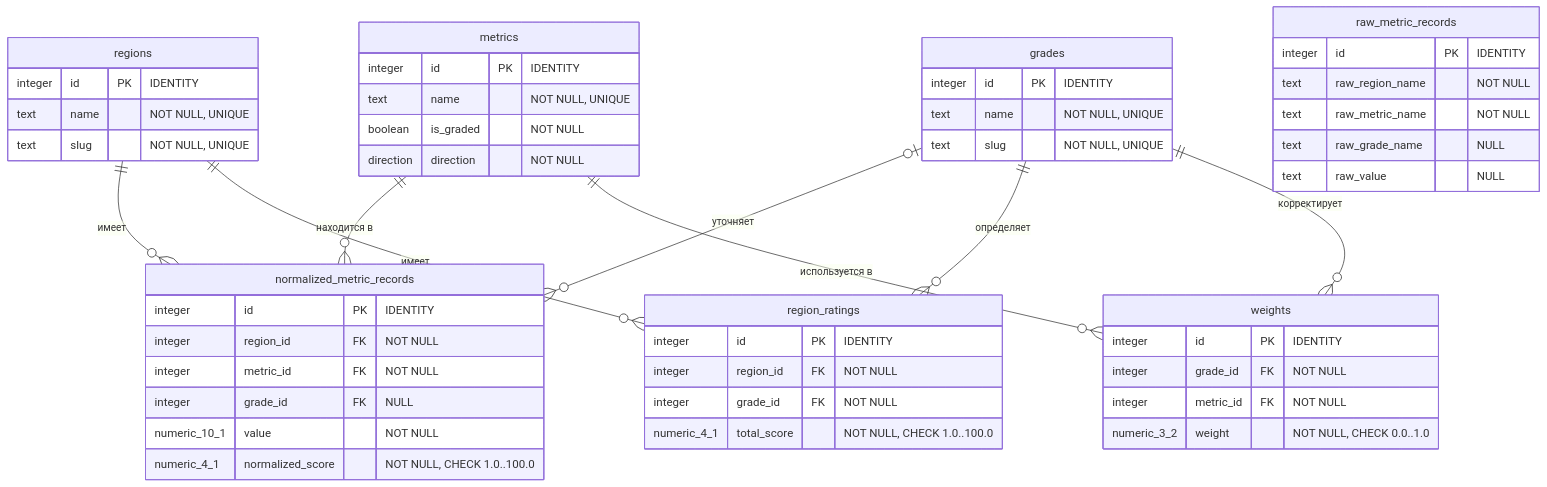
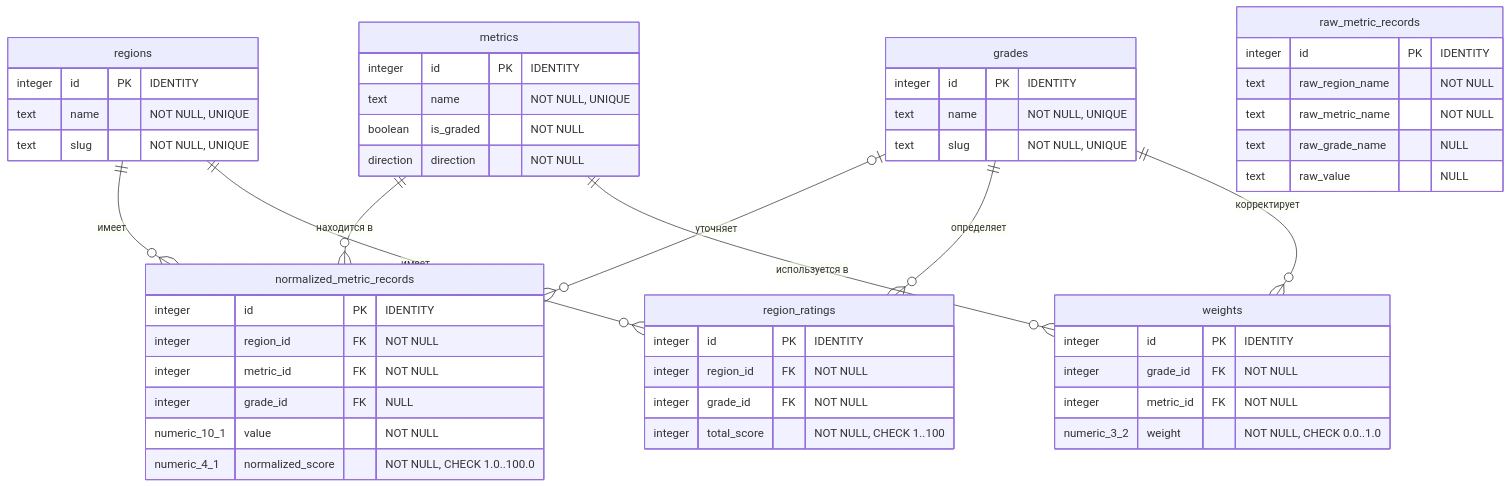
Before and after one commit to snogtev/it-compass: the diagram in docs/spec.md, drawn with Mermaid. The commit also changed other lines of this file and 1 other file, not shown here.

Commit message:
docs(scoring-methodology): add legend for formulas and merge category columns in metrics table

````diff
--- a/docs/spec.md
+++ b/docs/spec.md
@@ -140,60 +140,60 @@
 ```mermaid
 erDiagram
     regions ||--o{ normalized_metric_records : "имеет"
     metrics ||--o{ normalized_metric_records : "находится в"
     grades |o--o{ normalized_metric_records : "уточняет"
     regions ||--o{ region_ratings : "имеет"
     grades ||--o{ region_ratings : "определяет"
     grades ||--o{ weights : "корректирует"
     metrics ||--o{ weights : "используется в"
 
     regions {
         integer id PK "IDENTITY"
         text name "NOT NULL, UNIQUE"
         text slug "NOT NULL, UNIQUE"
     }
 
     metrics {
         integer id PK "IDENTITY"
         text name "NOT NULL, UNIQUE"
         boolean is_graded "NOT NULL"
         direction direction "NOT NULL"
     }
 
     grades {
         integer id PK "IDENTITY"
         text name "NOT NULL, UNIQUE"
         text slug "NOT NULL, UNIQUE"
     }
 
     raw_metric_records {
         integer id PK "IDENTITY"
         text raw_region_name "NOT NULL"
         text raw_metric_name "NOT NULL"
         text raw_grade_name "NULL"
         text raw_value "NULL"
     }
 
     normalized_metric_records {
         integer id PK "IDENTITY"
         integer region_id FK "NOT NULL"
         integer metric_id FK "NOT NULL"
         integer grade_id FK "NULL"
         numeric_10_1 value "NOT NULL"
         numeric_4_1 normalized_score "NOT NULL, CHECK 1.0..100.0"
     }
 
     region_ratings {
         integer id PK "IDENTITY"
         integer region_id FK "NOT NULL"
         integer grade_id FK "NOT NULL"
-        numeric_4_1 total_score "NOT NULL, CHECK 1.0..100.0"
+        integer total_score "NOT NULL, CHECK 1..100"
     }
 
     weights {
         integer id PK "IDENTITY"
         integer grade_id FK "NOT NULL"
         integer metric_id FK "NOT NULL"
         numeric_3_2 weight "NOT NULL, CHECK 0.0..1.0"
     }
 ```
````
